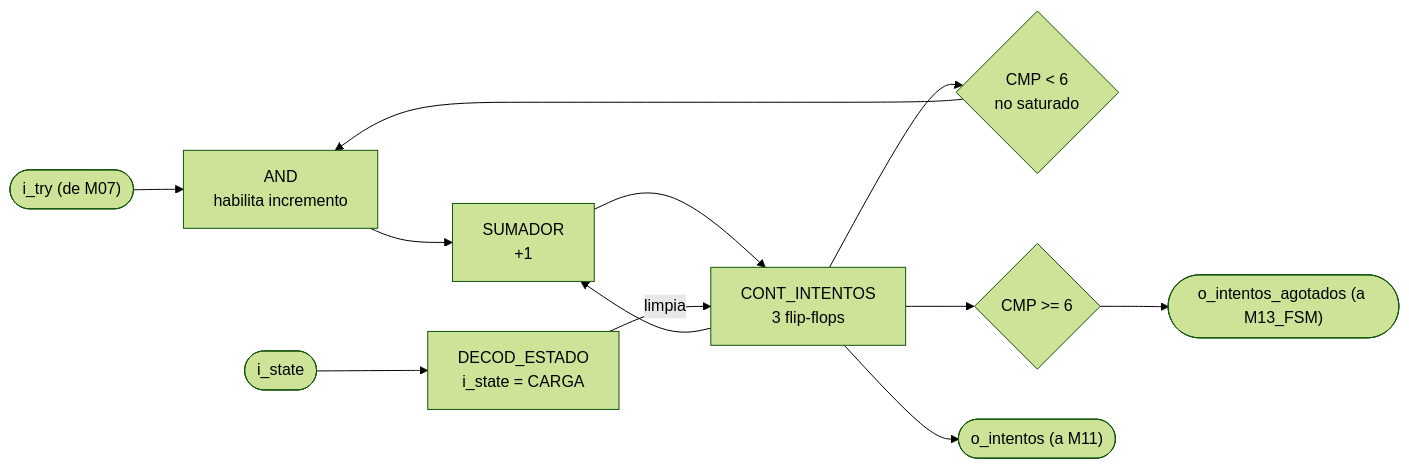
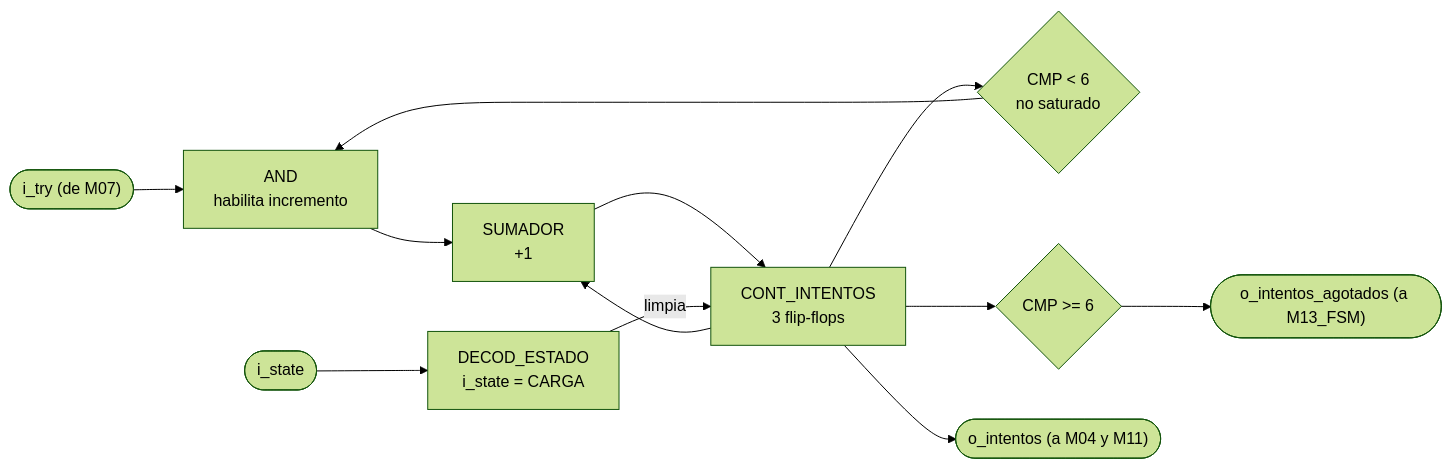
Diagram 39 of 44 in docs/diseño/diseño.md (Taller-de-diseno-digital-GR01/Proyecto-2-Ahorcado), drawn with Mermaid (forest theme) before and after one commit. The commit also changed other lines of this file, not shown here.

````diff
--- a/docs/diseño/diseño.md
+++ b/docs/diseño/diseño.md
@@ -4095,16 +4108,16 @@
 ```mermaid
 flowchart LR
     TRY(["i_try (de M07)"]) --> LOG_EN["AND<br/>habilita incremento"]
     CNT["CONT_INTENTOS<br/>3 flip-flops"] --> CMP_MAX{"CMP < 6<br/>no saturado"}
     CMP_MAX --> LOG_EN
     LOG_EN --> SUM["SUMADOR<br/>+1"]
     CNT --> SUM
     SUM --> CNT
 
     ST(["i_state"]) --> DEC_ST["DECOD_ESTADO<br/>i_state = CARGA"]
     DEC_ST -->|limpia| CNT
 
     CNT --> CMP_FIN{"CMP >= 6"}
     CMP_FIN --> OUT_AG(["o_intentos_agotados (a M13_FSM)"])
-    CNT --> OUT_INT(["o_intentos (a M11)"])
+    CNT --> OUT_INT(["o_intentos (a M04 y M11)"])
 ```
````
